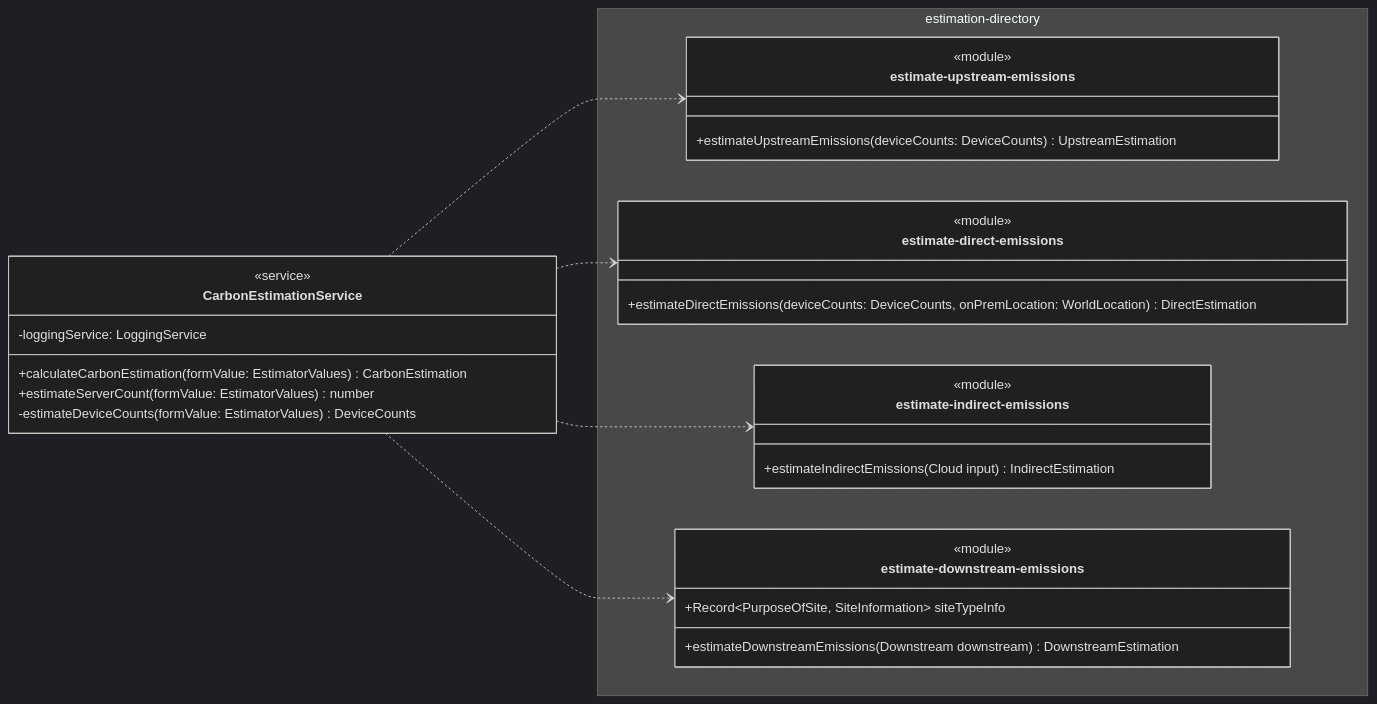
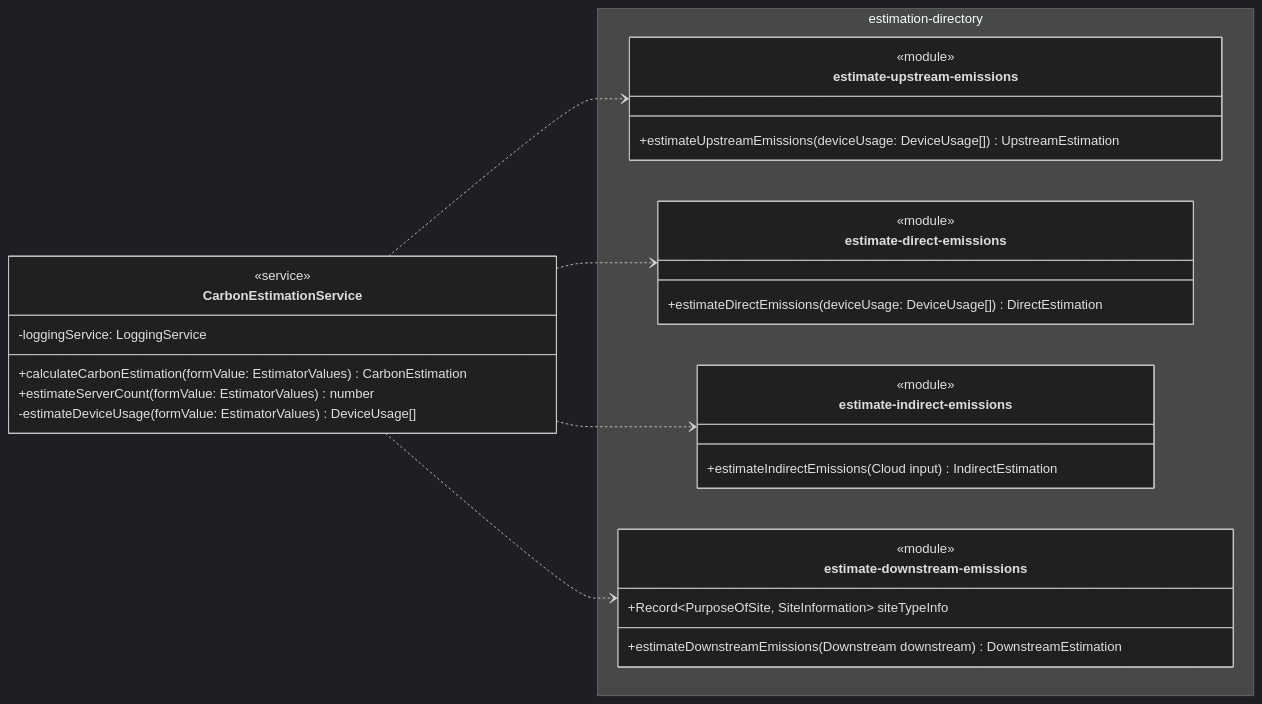
One commit to ScottLogic/sl-tech-carbon-estimator changed the second of 2 diagrams in docs/services.md. Above: the diagram before and after it, drawn with Mermaid (dark theme). The commit also changed other lines of this file and 11 other files, not shown here.

Commit message:
Refactor Upstream/Direct calculation to avoid duplicating code that knows which category devices fall under

````diff
--- a/docs/services.md
+++ b/docs/services.md
@@ -36,39 +36,39 @@
 ```mermaid
 classDiagram
   direction LR
   class CarbonEstimationService{
     <<service>>
     -loggingService: LoggingService 
     +calculateCarbonEstimation(formValue: EstimatorValues) CarbonEstimation
     +estimateServerCount(formValue: EstimatorValues) number
-    -estimateDeviceCounts(formValue: EstimatorValues) DeviceCounts
+    -estimateDeviceUsage(formValue: EstimatorValues) DeviceUsage[]
   }
 
   namespace estimation-directory {
     class estimate-upstream-emissions{
       <<module>>
-      +estimateUpstreamEmissions(deviceCounts: DeviceCounts) UpstreamEstimation
+      +estimateUpstreamEmissions(deviceUsage: DeviceUsage[]) UpstreamEstimation
     }
 
     class estimate-direct-emissions{
       <<module>>
-      +estimateDirectEmissions(deviceCounts: DeviceCounts, onPremLocation: WorldLocation) DirectEstimation
+      +estimateDirectEmissions(deviceUsage: DeviceUsage[]) DirectEstimation
     }
 
     class estimate-indirect-emissions{
       <<module>>
       +estimateIndirectEmissions(Cloud input) IndirectEstimation
     }
 
     class estimate-downstream-emissions{
       <<module>>
       +Record~PurposeOfSite, SiteInformation~ siteTypeInfo
       +estimateDownstreamEmissions(Downstream downstream) DownstreamEstimation
     }
   }
 
   CarbonEstimationService ..> estimate-upstream-emissions
   CarbonEstimationService ..> estimate-direct-emissions
   CarbonEstimationService ..> estimate-indirect-emissions
   CarbonEstimationService ..> estimate-downstream-emissions
 ```
````
